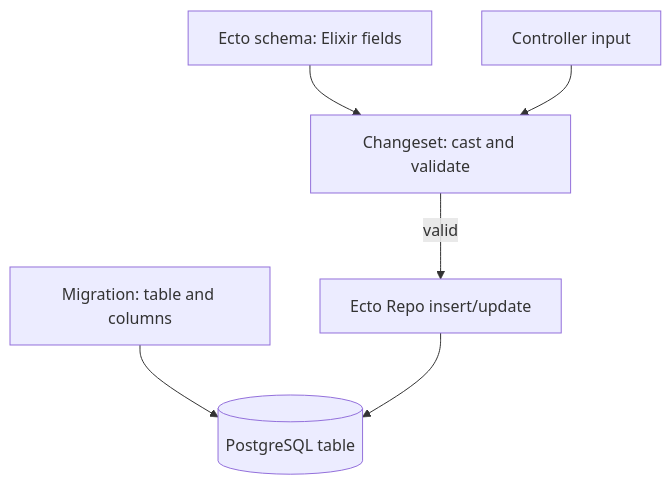
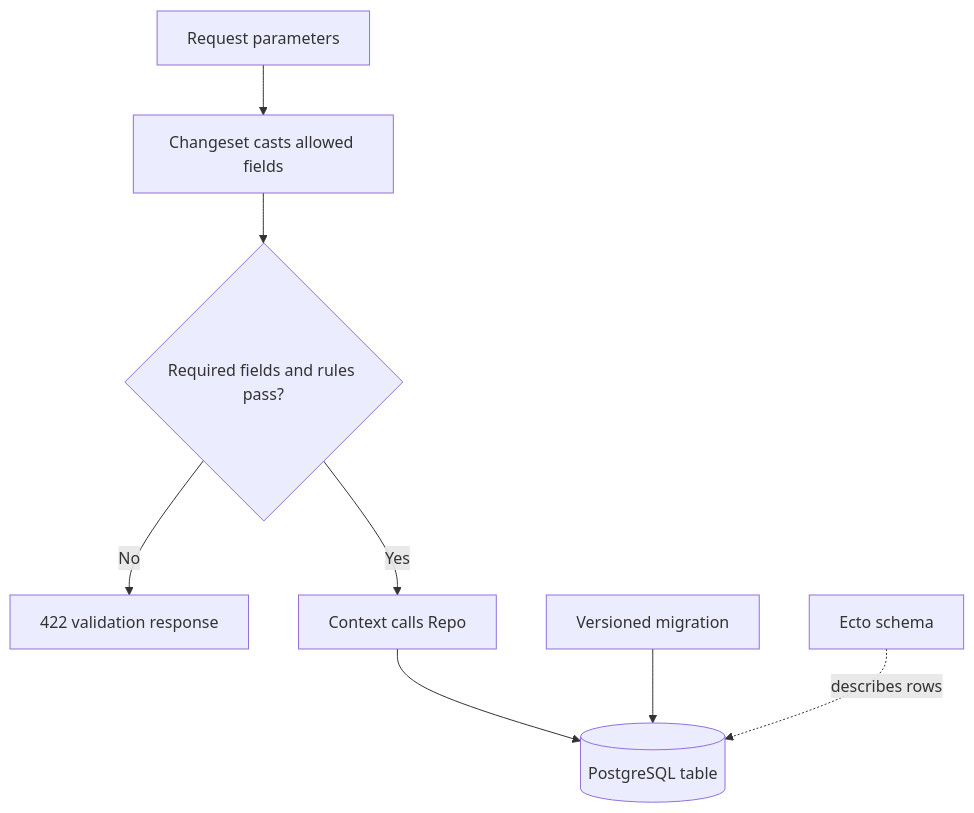
One commit to Ousama31/time_manager changed the third of 9 diagrams in backend/project/backend_overview.md. Above: the diagram before and after it, drawn with Mermaid. The commit also changed other lines of this file, not shown here.

Commit message:
docs: expand backend architecture overview

````diff
--- a/backend/project/backend_overview.md
+++ b/backend/project/backend_overview.md
@@ -39,8 +109,10 @@
 ```mermaid
 flowchart TB
-  Migration[Migration: table and columns] --> Database[(PostgreSQL table)]
-  Schema[Ecto schema: Elixir fields] --> Changeset[Changeset: cast and validate]
-  Request[Controller input] --> Changeset
-  Changeset -->|valid| Repo[Ecto Repo insert/update]
-  Repo --> Database
+  Input[Request parameters] --> Cast[Changeset casts allowed fields]
+  Cast --> Valid{Required fields and rules pass?}
+  Valid -->|No| Errors[422 validation response]
+  Valid -->|Yes| Write[Context calls Repo]
+  Write --> Table[(PostgreSQL table)]
+  Migration[Versioned migration] --> Table
+  Schema[Ecto schema] -. describes rows .-> Table
 ```
````
